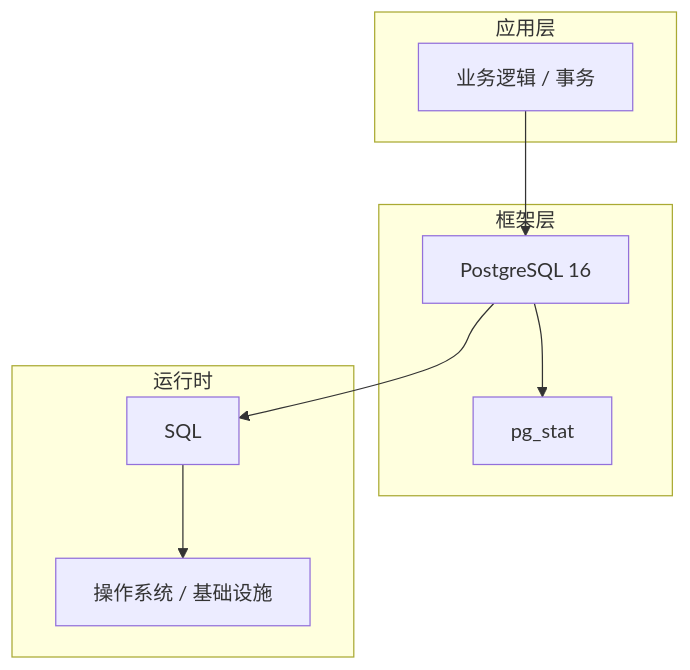
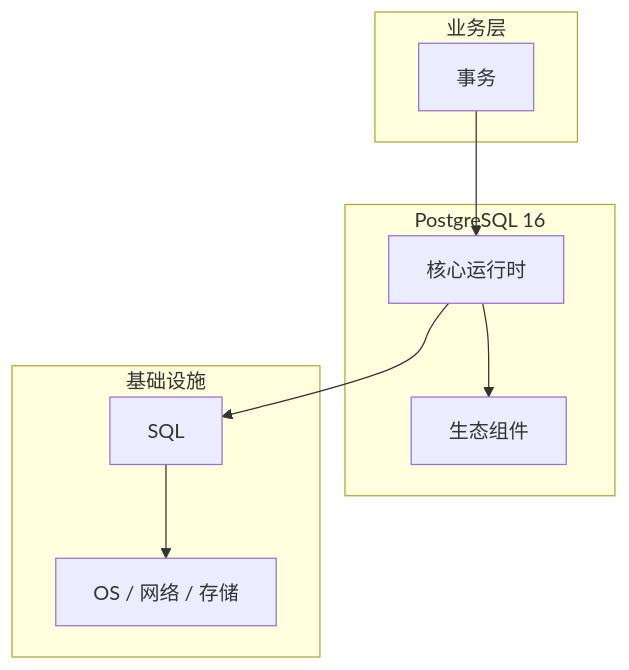
The diagram in articles/PostgreSQL/chapters/031-事务核心概念与原理.md (yanggan2015/knowledge-json-v2), drawn with Mermaid before and after one commit. The commit also changed other lines of this file and 10127 other files, not shown here.

````diff
--- a/articles/PostgreSQL/chapters/031-事务核心概念与原理.md
+++ b/articles/PostgreSQL/chapters/031-事务核心概念与原理.md
@@ -45,18 +34,18 @@
 ```mermaid
 graph TB
-    subgraph 应用层
-        A[业务逻辑 / 事务]
+    subgraph 业务层
+        A[事务]
     end
-    subgraph 框架层
-        B[PostgreSQL 16]
-        C[pg_stat]
+    subgraph PostgreSQL 16
+        B[核心运行时]
+        C[生态组件]
     end
-    subgraph 运行时
+    subgraph 基础设施
         D[SQL]
-        E[操作系统 / 基础设施]
+        E[OS / 网络 / 存储]
     end
     A --> B
     B --> C
     B --> D
     D --> E
 ```
````
